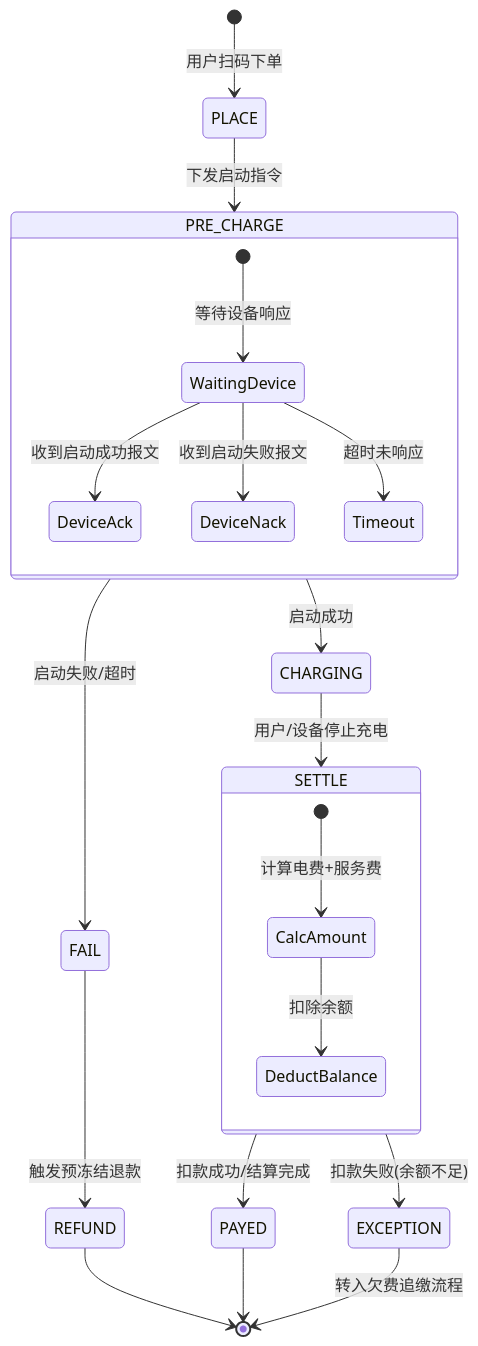
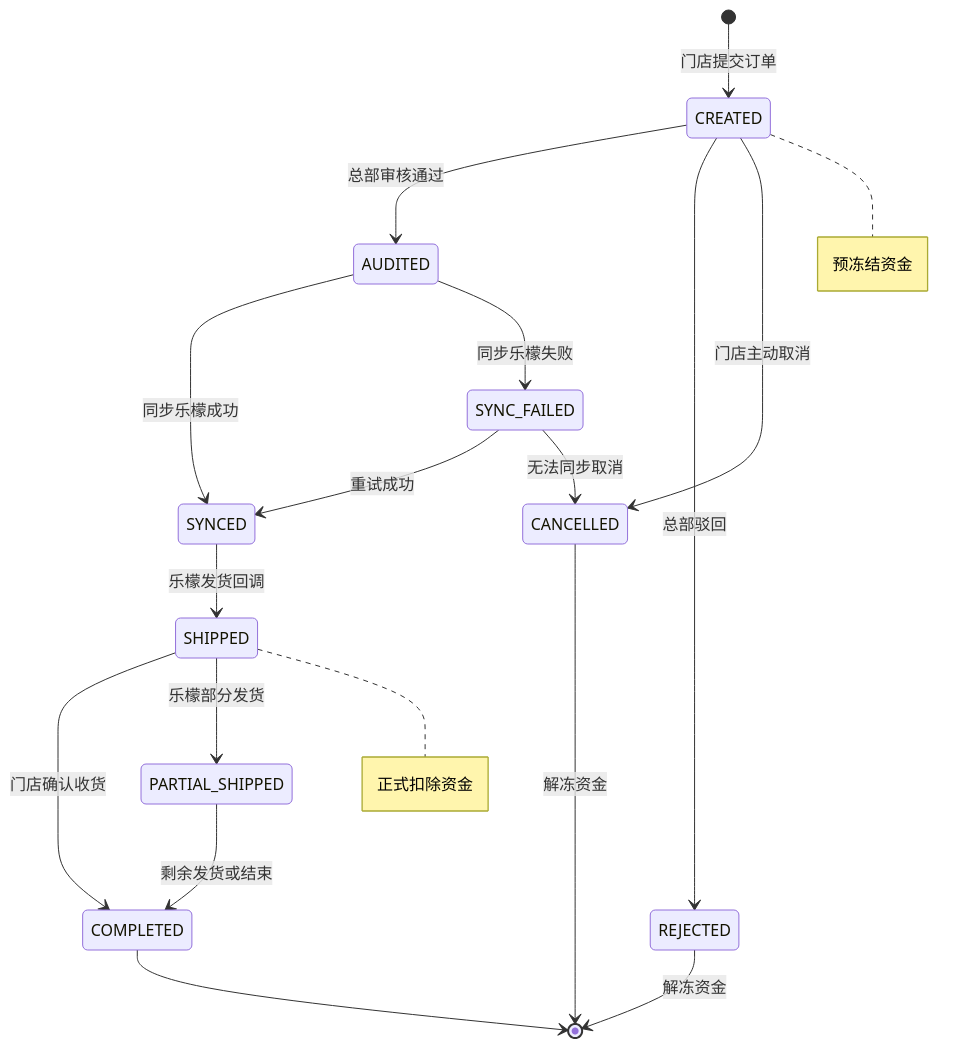
Before and after one commit to megadotnet/HUIZHI-ChargeOS-cloud: the first of 2 diagrams in docs/explain/04_state_machines.md, drawn with Mermaid. The commit also changed other lines of this file and 7 other files, not shown here.

````diff
--- a/docs/explain/04_state_machines.md
+++ b/docs/explain/04_state_machines.md
@@ -24,30 +10,32 @@
 ```mermaid
 stateDiagram-v2
-    [*] --> PLACE : 用户扫码下单
-    PLACE --> PRE_CHARGE : 下发启动指令
+    [*] --> CREATED: 门店提交订单
 
-    state PRE_CHARGE {
-        [*] --> WaitingDevice : 等待设备响应
-        WaitingDevice --> DeviceAck : 收到启动成功报文
-        WaitingDevice --> DeviceNack : 收到启动失败报文
-        WaitingDevice --> Timeout : 超时未响应
-    }
+    CREATED --> AUDITED: 总部审核通过
+    CREATED --> REJECTED: 总部驳回
+    CREATED --> CANCELLED: 门店主动取消
 
-    PRE_CHARGE --> CHARGING : 启动成功
-    PRE_CHARGE --> FAIL : 启动失败/超时
-    FAIL --> REFUND : 触发预冻结退款
-    REFUND --> [*]
+    AUDITED --> SYNCED: 同步乐檬成功
+    AUDITED --> SYNC_FAILED: 同步乐檬失败
 
-    CHARGING --> SETTLE : 用户/设备停止充电
+    SYNC_FAILED --> SYNCED: 重试成功
+    SYNC_FAILED --> CANCELLED: 无法同步取消
 
-    state SETTLE {
-        [*] --> CalcAmount : 计算电费+服务费
-        CalcAmount --> DeductBalance : 扣除余额
-    }
+    SYNCED --> SHIPPED: 乐檬发货回调
+    SHIPPED --> COMPLETED: 门店确认收货
+    SHIPPED --> PARTIAL_SHIPPED: 乐檬部分发货
 
-    SETTLE --> PAYED : 扣款成功/结算完成
-    SETTLE --> EXCEPTION : 扣款失败(余额不足)
+    PARTIAL_SHIPPED --> COMPLETED: 剩余发货或结束
 
-    PAYED --> [*]
-    EXCEPTION --> [*] : 转入欠费追缴流程
+    COMPLETED --> [*]
+    REJECTED --> [*]: 解冻资金
+    CANCELLED --> [*]: 解冻资金
+
+    note right of CREATED
+        预冻结资金
+    end note
+
+    note right of SHIPPED
+        正式扣除资金
+    end note
 ```
````
